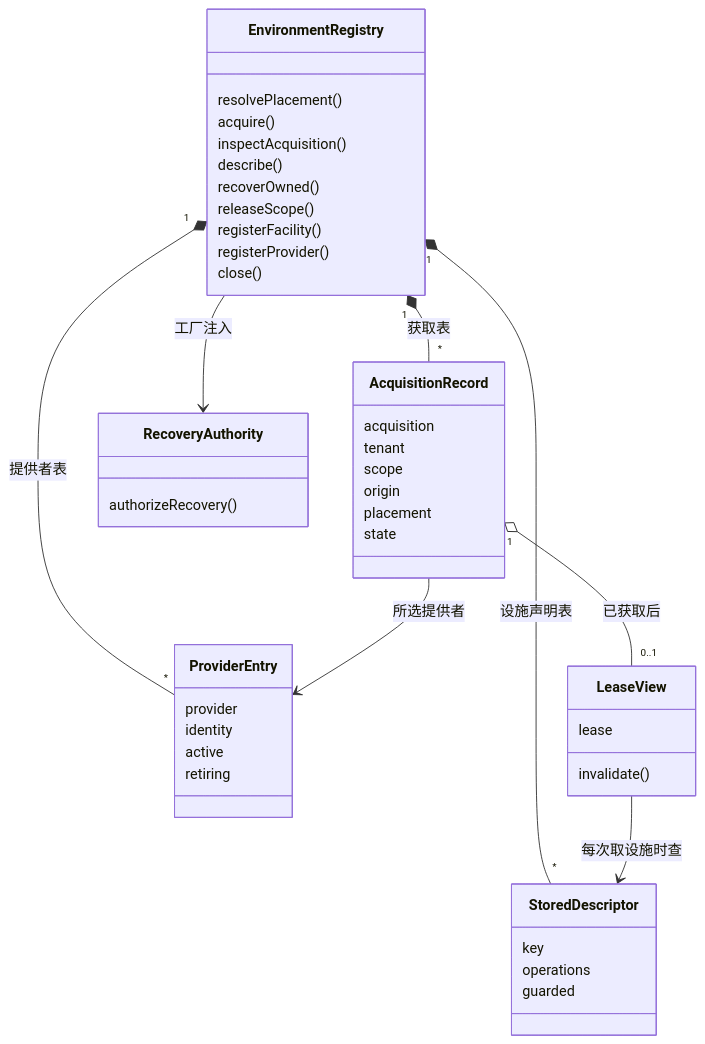
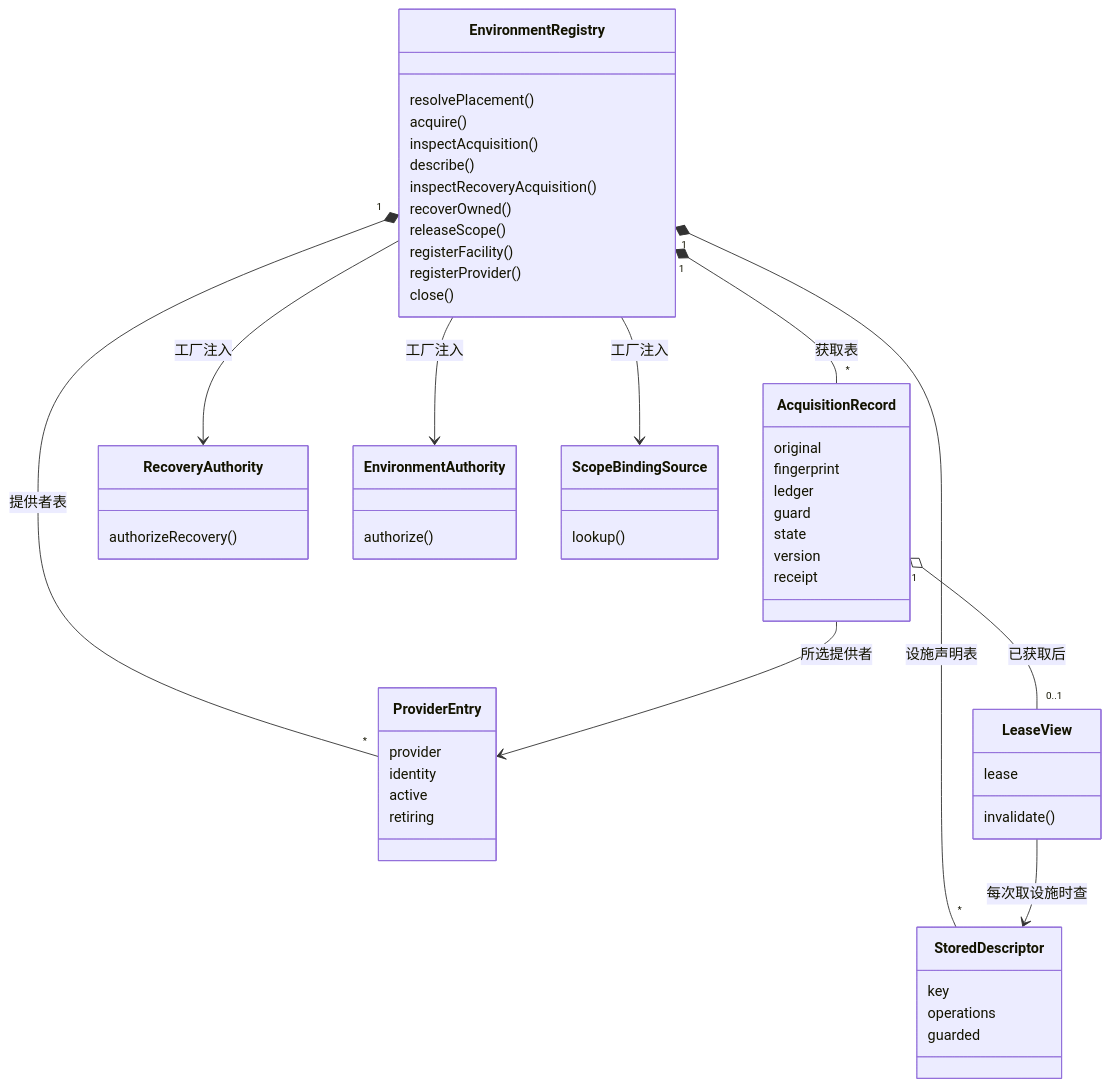
Before and after one commit to nemori-ai/omne-harness-lite: the diagram in packages/execution/execution-environment/docs/object-model.md, drawn with Mermaid. The commit also changed other lines of this file and 136 other files, not shown here.

````diff
--- a/packages/execution/execution-environment/docs/object-model.md
+++ b/packages/execution/execution-environment/docs/object-model.md
@@ -17,47 +18,57 @@
 ```mermaid
 classDiagram
   class EnvironmentRegistry {
     resolvePlacement()
     acquire()
     inspectAcquisition()
     describe()
+    inspectRecoveryAcquisition()
     recoverOwned()
     releaseScope()
     registerFacility()
     registerProvider()
     close()
   }
   class ProviderEntry {
     provider
     identity
     active
     retiring
   }
   class StoredDescriptor {
     key
     operations
     guarded
   }
   class AcquisitionRecord {
-    acquisition
-    tenant
-    scope
-    origin
-    placement
+    original
+    fingerprint
+    ledger
+    guard
     state
+    version
+    receipt
   }
   class LeaseView {
     lease
     invalidate()
   }
   class RecoveryAuthority {
     authorizeRecovery()
   }
+  class EnvironmentAuthority {
+    authorize()
+  }
+  class ScopeBindingSource {
+    lookup()
+  }
   EnvironmentRegistry "1" *-- "*" ProviderEntry : 提供者表
   EnvironmentRegistry "1" *-- "*" StoredDescriptor : 设施声明表
   EnvironmentRegistry "1" *-- "*" AcquisitionRecord : 获取表
   EnvironmentRegistry --> RecoveryAuthority : 工厂注入
+  EnvironmentRegistry --> EnvironmentAuthority : 工厂注入
+  EnvironmentRegistry --> ScopeBindingSource : 工厂注入
   AcquisitionRecord --> ProviderEntry : 所选提供者
   AcquisitionRecord "1" o-- "0..1" LeaseView : 已获取后
   LeaseView --> StoredDescriptor : 每次取设施时查
 ```
````
